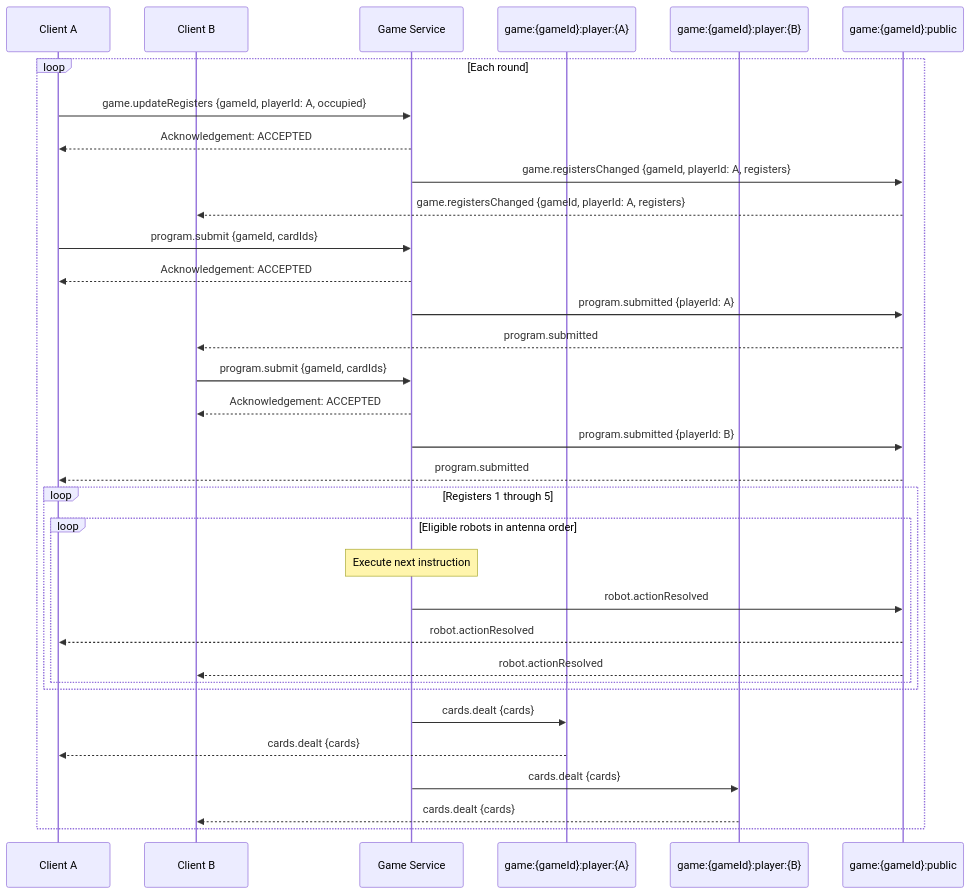
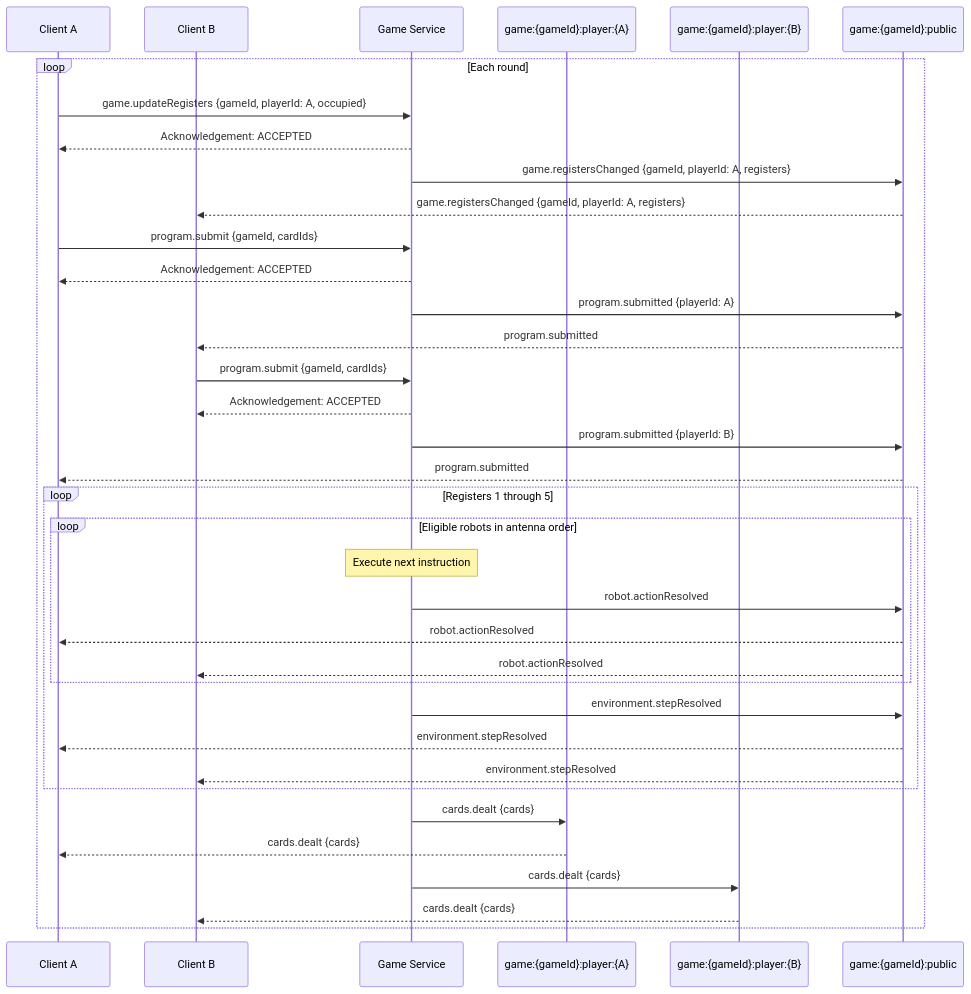
The fourth of 6 diagrams in docs/Communication.md (hananinas/RoboRally), drawn with Mermaid before and after one commit. The commit also changed other lines of this file and 8 other files, not shown here.

````diff
--- a/docs/Communication.md
+++ b/docs/Communication.md
@@ -230,38 +234,41 @@
 ```mermaid
 sequenceDiagram
     participant A as Client A
     participant B as Client B
     participant Server as Game Service
     participant PrivateA as game:{gameId}:player:{A}
     participant PrivateB as game:{gameId}:player:{B}
     participant Public as game:{gameId}:public
 
     loop Each round
         A->>Server: game.updateRegisters {gameId, playerId: A, occupied}
         Server-->>A: Acknowledgement: ACCEPTED
         Server->>Public: game.registersChanged {gameId, playerId: A, registers}
         Public-->>B: game.registersChanged {gameId, playerId: A, registers}
         A->>Server: program.submit {gameId, cardIds}
         Server-->>A: Acknowledgement: ACCEPTED
         Server->>Public: program.submitted {playerId: A}
         Public-->>B: program.submitted
 
         B->>Server: program.submit {gameId, cardIds}
         Server-->>B: Acknowledgement: ACCEPTED
         Server->>Public: program.submitted {playerId: B}
         Public-->>A: program.submitted
         loop Registers 1 through 5
             loop Eligible robots in antenna order
                 Note over Server: Execute next instruction
                 Server->>Public: robot.actionResolved
                 Public-->>A: robot.actionResolved
                 Public-->>B: robot.actionResolved
             end
+            Server->>Public: environment.stepResolved
+            Public-->>A: environment.stepResolved
+            Public-->>B: environment.stepResolved
         end
 
         Server->>PrivateA: cards.dealt {cards}
         PrivateA-->>A: cards.dealt {cards}
         Server->>PrivateB: cards.dealt {cards}
         PrivateB-->>B: cards.dealt {cards}
     end
 ```
````
